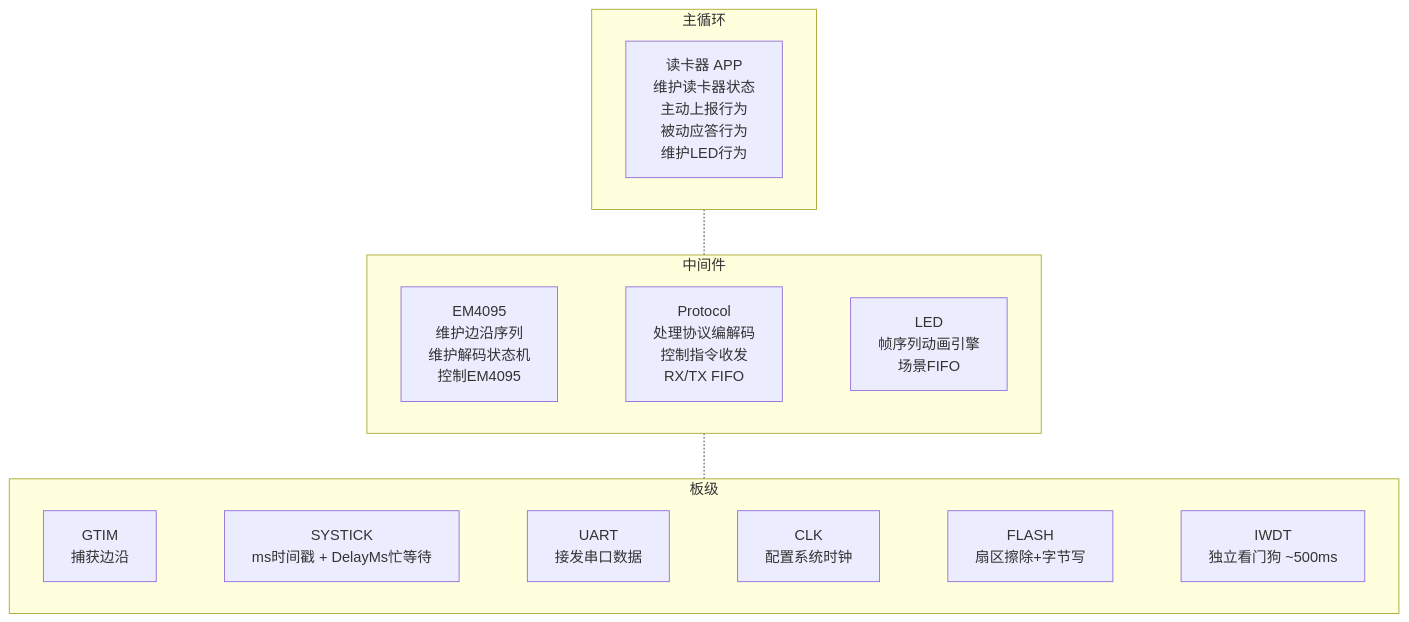
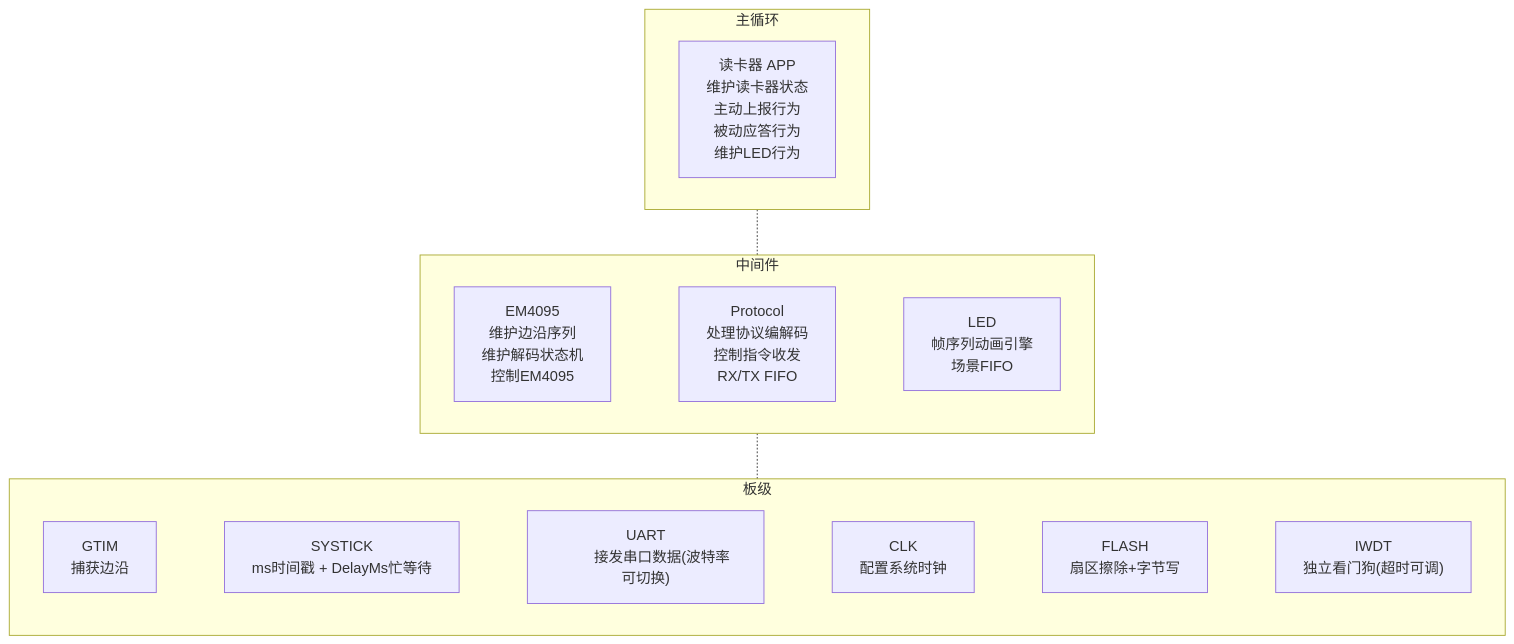
Before and after one commit to Siaiai/ObsidianNote: the sixth of 8 diagrams in 工作/[[SR3读卡器]]/260804SR3框架整理.md, drawn with Mermaid. The commit also changed other lines of this file and 3 other files, not shown here.

````diff
--- a/工作/[[SR3读卡器]]/260804SR3框架整理.md
+++ b/工作/[[SR3读卡器]]/260804SR3框架整理.md
@@ -310,49 +307,49 @@
 ```mermaid
 flowchart TB
     subgraph MAIN["主循环"]
         direction LR
         APP_READER["读卡器 APP
         维护读卡器状态
         主动上报行为
         被动应答行为
         维护LED行为"]
     end
     subgraph MID["中间件"]
         direction LR
         MID_EM4095["EM4095
         维护边沿序列
         维护解码状态机
         控制EM4095"]
         MID_PROTOCOL["Protocol
         处理协议编解码
         控制指令收发
         RX/TX FIFO"]
         MID_LED["LED
         帧序列动画引擎
         场景FIFO"]
         MID_EM4095 ~~~ MID_PROTOCOL
         MID_PROTOCOL ~~~ MID_LED
     end
     subgraph BSP["板级"]
         direction LR
         BSP_GTIM["GTIM
         捕获边沿"]
         BSP_CLK["CLK
         配置系统时钟"]
         BSP_SYSTICK["SYSTICK
         ms时间戳 + DelayMs忙等待"]
         BSP_UART["UART
-        接发串口数据"]
+        接发串口数据(波特率可切换)"]
         BSP_FLASH["FLASH
         扇区擦除+字节写"]
         BSP_IWDT["IWDT
-        独立看门狗 ~500ms"]
+        独立看门狗(超时可调)"]
         BSP_GTIM ~~~ BSP_SYSTICK
         BSP_SYSTICK ~~~ BSP_UART
         BSP_UART ~~~ BSP_CLK
         BSP_CLK ~~~ BSP_FLASH
         BSP_FLASH ~~~ BSP_IWDT
     end
     MAIN -.- MID
     MID -.- BSP
 ```
````
